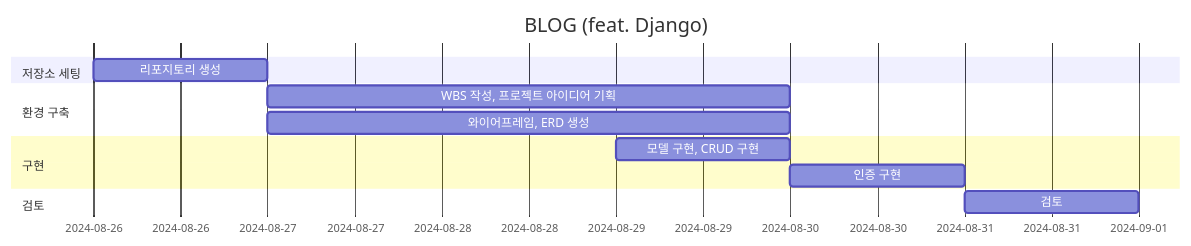
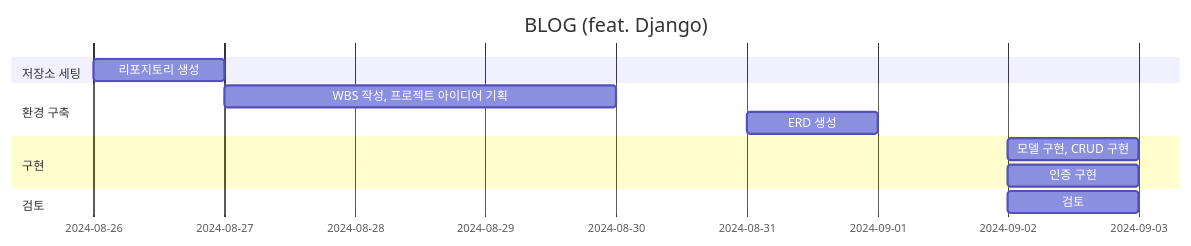
One commit to HyunmyungNoh/django_blog changed the first of 2 diagrams in README.md. Above: the diagram before and after it, drawn with Mermaid. The commit also changed other lines of this file and 29 other files, not shown here.

````diff
--- a/README.md
+++ b/README.md
@@ -7,16 +7,16 @@
 ```mermaid
 
 gantt
     title BLOG (feat. Django)
     dateFormat  MM-DD
     section 저장소 세팅
     리포지토리 생성     :a1, 08-26, 1d
     section 환경 구축
     WBS 작성, 프로젝트 아이디어 기획 :a2, 08-27, 3d
-    와이어프레임, ERD 생성 :a3, 08-27, 3d
+    ERD 생성 :a3, 08-31, 1d
     section 구현
-    모델 구현, CRUD 구현 :a4, 08-29, 1d
-    인증 구현           :a5, 08-30, 1d
+    모델 구현, CRUD 구현 :a4, 09-02, 1d
+    인증 구현           :a5, 09-02, 1d
     section 검토
-    검토               :a6, 08-31, 1d
+    검토               :a6, 09-02, 1d
 ```
````
